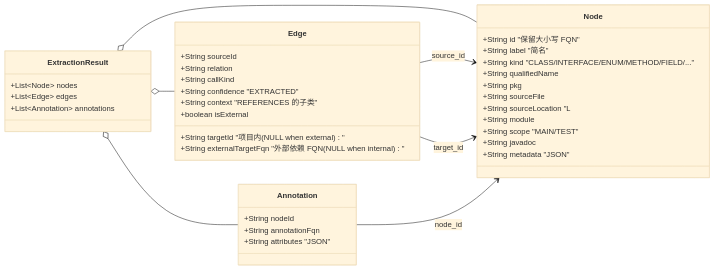
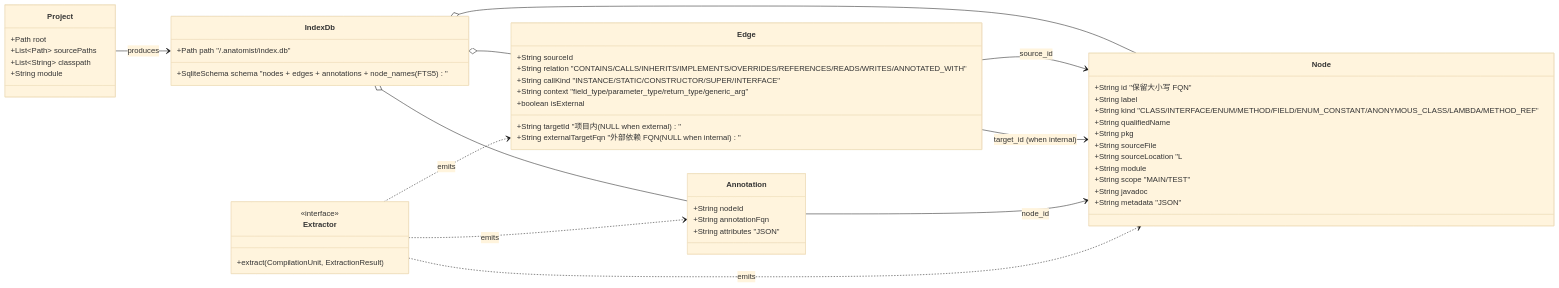
Before and after one commit to stream-iori/anatomist: the first of 4 diagrams in .diorama/knowledge/facts/domain-model.md, drawn with Mermaid (base theme). The commit also changed other lines of this file and 2 other files, not shown here.

First line of the commit message:
diorama(survey): refresh project knowledge

````diff
--- a/.diorama/knowledge/facts/domain-model.md
+++ b/.diorama/knowledge/facts/domain-model.md
@@ -7,48 +9,62 @@
 ```mermaid
 classDiagram
     direction LR
 
+    class Project {
+      +Path root
+      +List~Path~ sourcePaths
+      +List~String~ classpath
+      +String module
+    }
+
     class Node {
       +String id "保留大小写 FQN"
-      +String label "简名"
-      +String kind "CLASS/INTERFACE/ENUM/METHOD/FIELD/..."
+      +String label
+      +String kind "CLASS/INTERFACE/ENUM/METHOD/FIELD/ENUM_CONSTANT/ANONYMOUS_CLASS/LAMBDA/METHOD_REF"
       +String qualifiedName
       +String pkg
       +String sourceFile
       +String sourceLocation "L<line>"
       +String module
       +String scope "MAIN/TEST"
       +String javadoc
       +String metadata "JSON"
     }
 
     class Edge {
       +String sourceId
       +String targetId "项目内 (NULL when external)"
       +String externalTargetFqn "外部依赖 FQN (NULL when internal)"
-      +String relation
-      +String callKind
-      +String confidence "EXTRACTED"
-      +String context "REFERENCES 的子类"
+      +String relation "CONTAINS/CALLS/INHERITS/IMPLEMENTS/OVERRIDES/REFERENCES/READS/WRITES/ANNOTATED_WITH"
+      +String callKind "INSTANCE/STATIC/CONSTRUCTOR/SUPER/INTERFACE"
+      +String context "field_type/parameter_type/return_type/generic_arg"
       +boolean isExternal
     }
 
     class Annotation {
       +String nodeId
       +String annotationFqn
       +String attributes "JSON"
     }
 
-    class ExtractionResult {
-      +List~Node~ nodes
-      +List~Edge~ edges
-      +List~Annotation~ annotations
+    class IndexDb {
+      +Path path "<project>/.anatomist/index.db"
+      +SqliteSchema schema "nodes + edges + annotations + node_names(FTS5)"
     }
 
-    ExtractionResult o-- Node
-    ExtractionResult o-- Edge
-    ExtractionResult o-- Annotation
+    class Extractor {
+      <<interface>>
+      +extract(CompilationUnit, ExtractionResult)
+    }
+
+    Project --> IndexDb : produces
+    IndexDb o-- Node
+    IndexDb o-- Edge
+    IndexDb o-- Annotation
     Edge --> Node : source_id
-    Edge --> Node : target_id
+    Edge --> Node : target_id (when internal)
     Annotation --> Node : node_id
+    Extractor ..> Node : emits
+    Extractor ..> Edge : emits
+    Extractor ..> Annotation : emits
 ```
````
